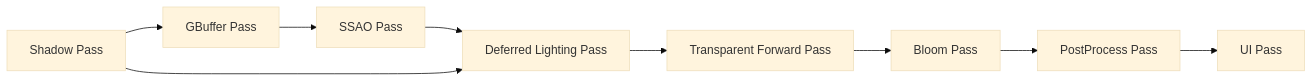
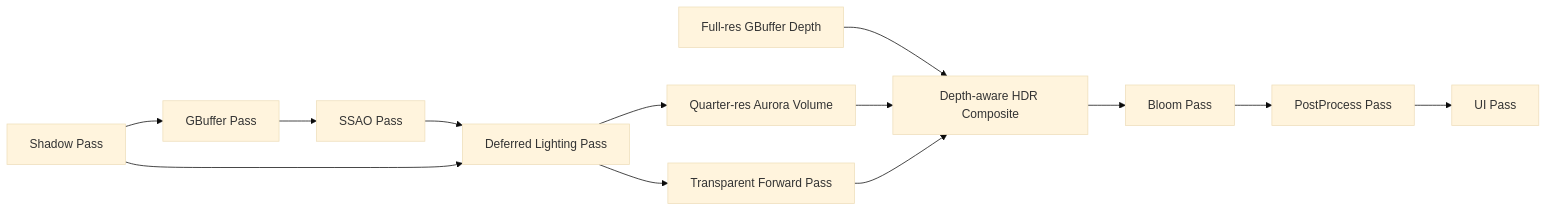
One commit to lizuoshuo-lab/OpenGL changed the first of 4 diagrams in README.md. Above: the diagram before and after it, drawn with Mermaid (base theme). The commit also changed other lines of this file and 14 other files, not shown here.

````diff
--- a/README.md
+++ b/README.md
@@ -77,11 +87,15 @@
 ```mermaid
 flowchart LR
     SHADOW["Shadow Pass"] --> GBUFFER["GBuffer Pass"]
     GBUFFER --> SSAO["SSAO Pass"]
     SSAO --> LIGHTING["Deferred Lighting Pass"]
     SHADOW --> LIGHTING
     LIGHTING --> TRANSPARENT["Transparent Forward Pass"]
-    TRANSPARENT --> BLOOM["Bloom Pass"]
+    LIGHTING --> AURORA["Quarter-res Aurora Volume"]
+    DEPTH["Full-res GBuffer Depth"] --> COMPOSITE["Depth-aware HDR Composite"]
+    AURORA --> COMPOSITE
+    TRANSPARENT --> COMPOSITE
+    COMPOSITE --> BLOOM["Bloom Pass"]
     BLOOM --> POST["PostProcess Pass"]
     POST --> UI["UI Pass"]
 ```
````
